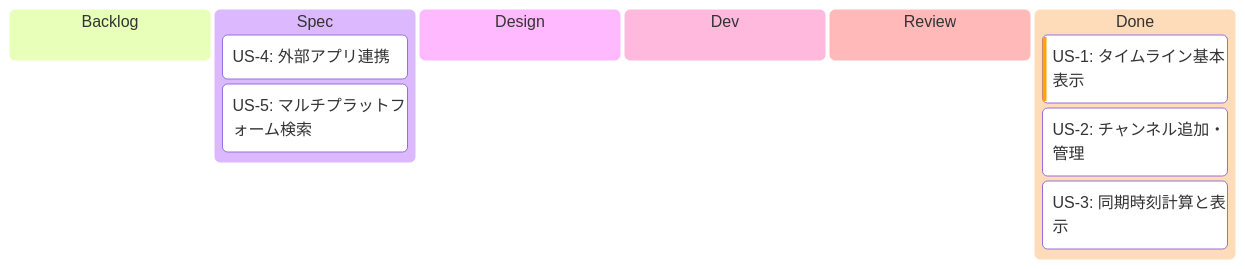
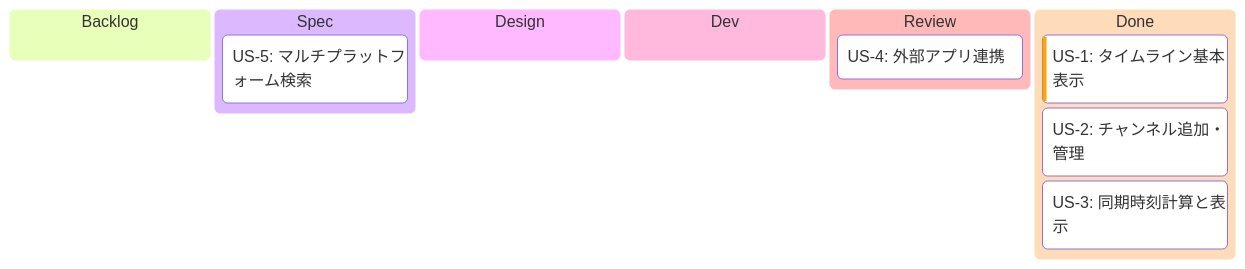
The first of 2 diagrams in implement-context/timeline-sync/EPIC.md (saki0000/collab-stream), drawn with Mermaid before and after one commit. The commit also changed other lines of this file and 2 other files, not shown here.

````diff
--- a/implement-context/timeline-sync/EPIC.md
+++ b/implement-context/timeline-sync/EPIC.md
@@ -27,19 +27,19 @@
 ```mermaid
 ---
 config:
   kanban:
     ticketBaseUrl: ''
 ---
 kanban
   backlog[Backlog]
   spec[Spec]
-    us4[US-4: 外部アプリ連携]
     us5[US-5: マルチプラットフォーム検索]
   design[Design]
   dev[Dev]
   review[Review]
+    us4[US-4: 外部アプリ連携]
   done[Done]
     us1[US-1: タイムライン基本表示]@{ priority: 'High' }
     us2[US-2: チャンネル追加・管理]
     us3[US-3: 同期時刻計算と表示]
 ```
````
